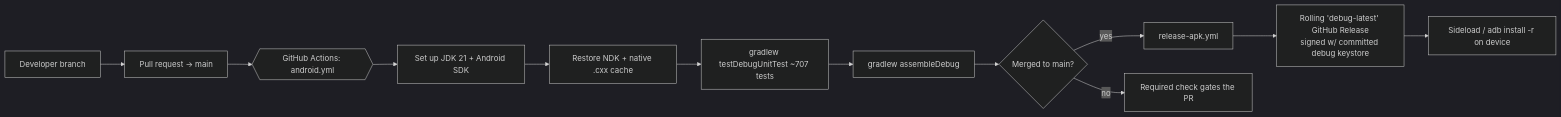
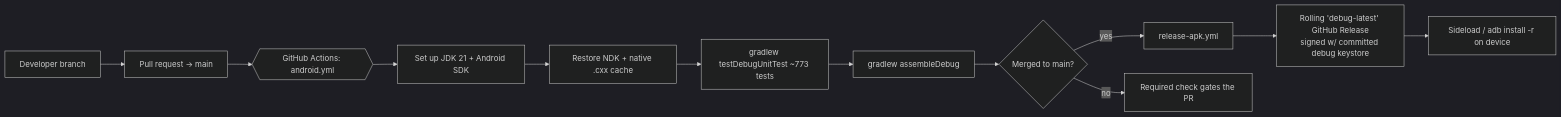
Diagram 12 of 17 in apps/taskmind/docs/TECHNICAL_DOCUMENTATION.md (SMK1705/Android_apps), drawn with Mermaid (dark theme) before and after one commit. The commit also changed other lines of this file and 2 other files, not shown here.

````diff
--- a/apps/taskmind/docs/TECHNICAL_DOCUMENTATION.md
+++ b/apps/taskmind/docs/TECHNICAL_DOCUMENTATION.md
@@ -2358,14 +2377,14 @@
 ```mermaid
 flowchart LR
     Dev[Developer branch] --> PR[Pull request → main]
     PR --> CI{{GitHub Actions: android.yml}}
     CI --> J[Set up JDK 21 + Android SDK]
     J --> K[Restore NDK + native .cxx cache]
-    K --> T[gradlew testDebugUnitTest ~707 tests]
+    K --> T[gradlew testDebugUnitTest ~773 tests]
     T --> AS[gradlew assembleDebug]
     AS --> Merge{Merged to main?}
     Merge -->|yes| REL[release-apk.yml]
     REL --> GH[Rolling 'debug-latest' GitHub Release<br/>signed w/ committed debug keystore]
     GH --> Side[Sideload / adb install -r on device]
     Merge -->|no| Gate[Required check gates the PR]
 ```
````
